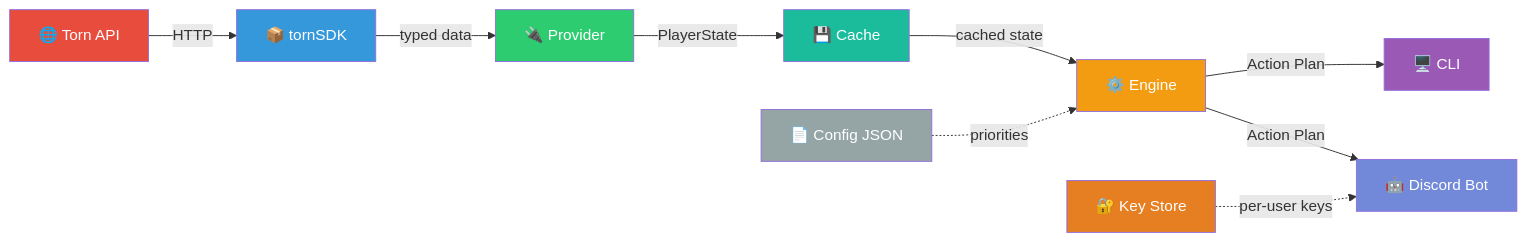
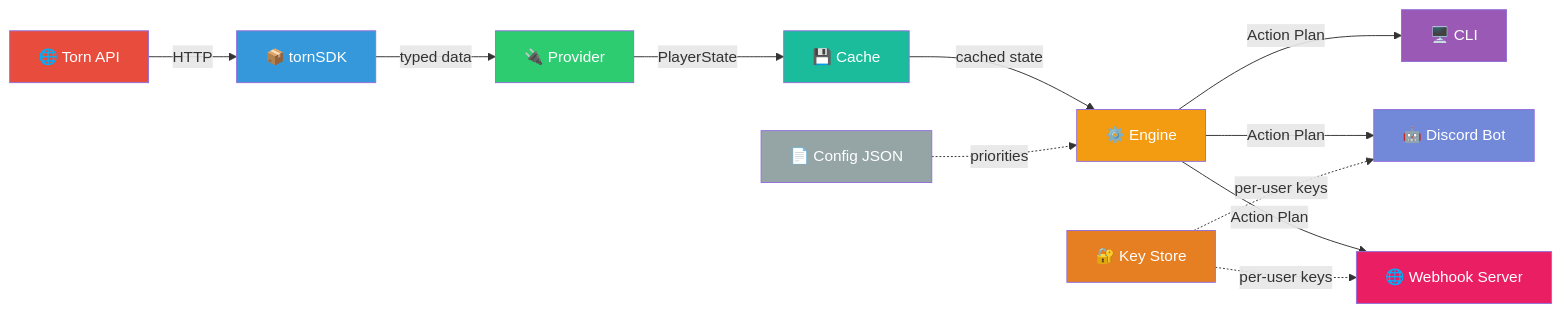
Before and after one commit to subhanjanOps/torn-advisor: the first of 2 diagrams in README.md, drawn with Mermaid. The commit also changed other lines of this file and 6 other files, not shown here.

Commit message:
feat: implement webhook server for Discord interactions and enhance bot functionality

````diff
--- a/README.md
+++ b/README.md
@@ -41,20 +41,23 @@
 ```mermaid
 flowchart LR
     A[🌐 Torn API] -->|HTTP| B[📦 tornSDK]
     B -->|typed data| C[🔌 Provider]
     C -->|PlayerState| C2[💾 Cache]
     C2 -->|cached state| D[⚙️ Engine]
     D -->|Action Plan| E[🖥️ CLI]
     D -->|Action Plan| G[🤖 Discord Bot]
+    D -->|Action Plan| W[🌐 Webhook Server]
     F[📄 Config JSON] -.->|priorities| D
     H[🔐 Key Store] -.->|per-user keys| G
+    H -.->|per-user keys| W
     style A fill:#e74c3c,color:#fff
     style B fill:#3498db,color:#fff
     style C fill:#2ecc71,color:#fff
     style C2 fill:#1abc9c,color:#fff
     style D fill:#f39c12,color:#fff
     style E fill:#9b59b6,color:#fff
     style F fill:#95a5a6,color:#fff
     style G fill:#7289da,color:#fff
     style H fill:#e67e22,color:#fff
+    style W fill:#e91e63,color:#fff
 ```
````
